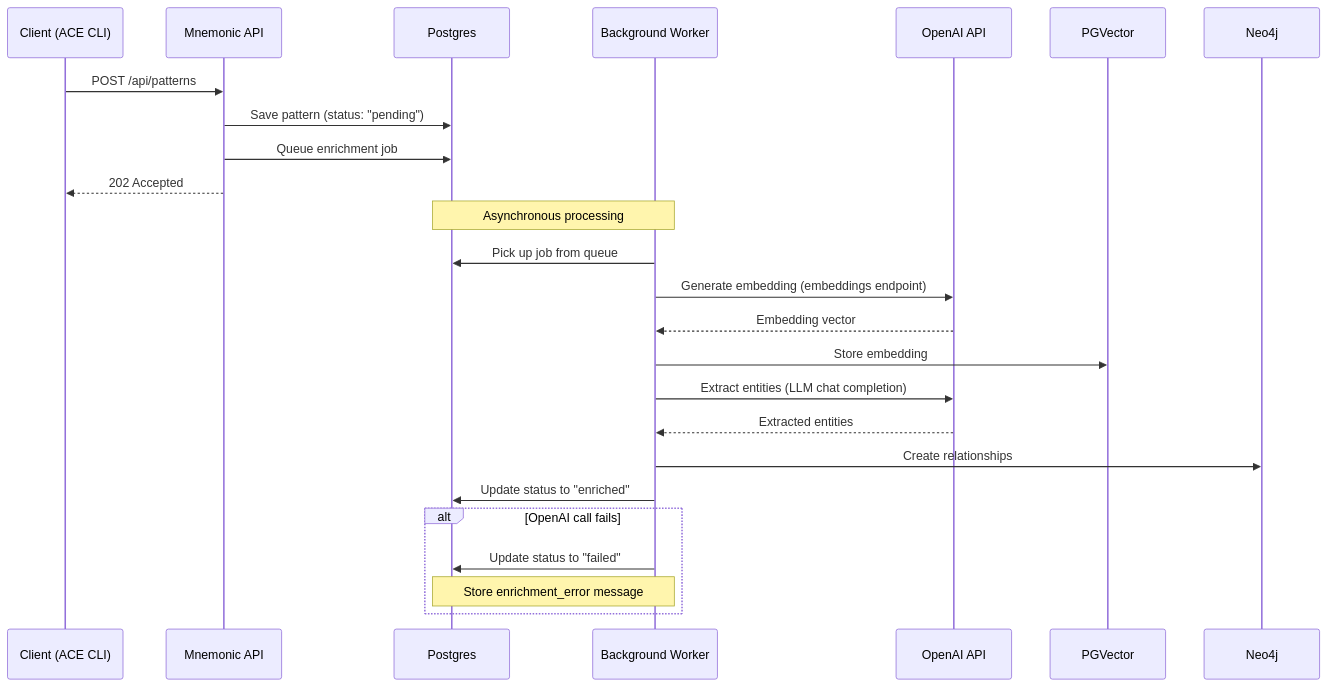
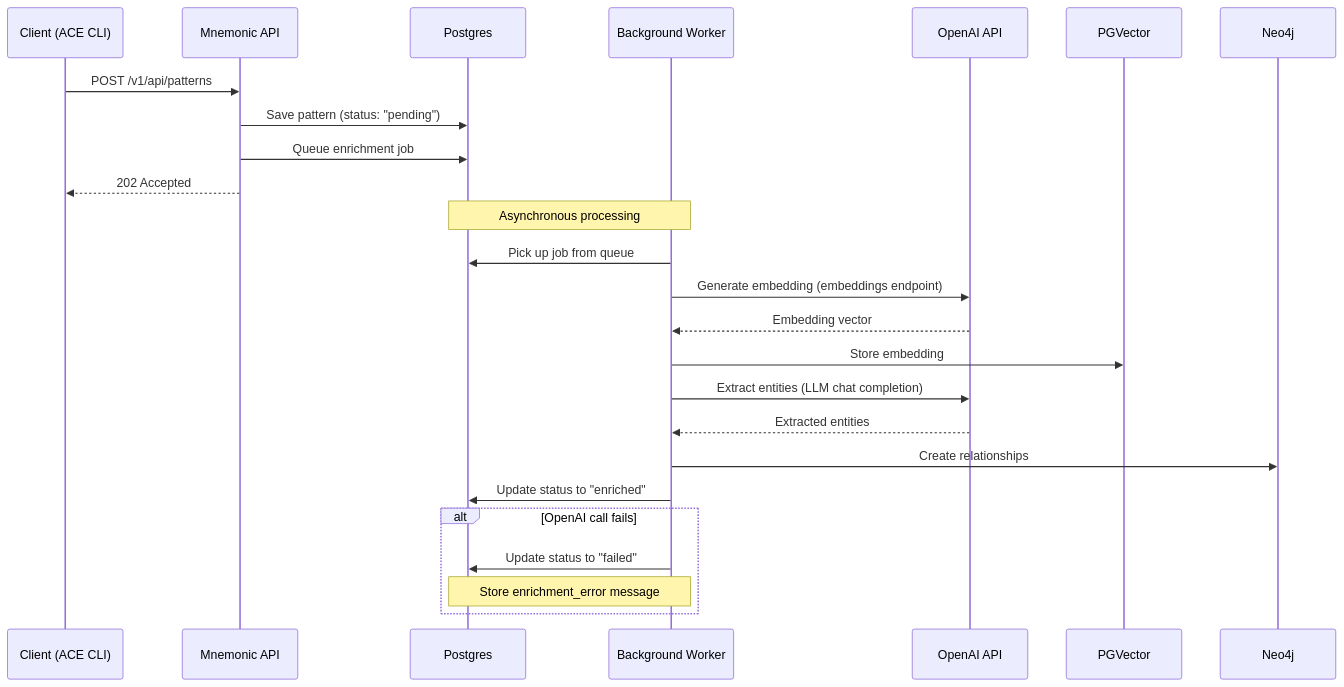
Before and after one commit to twistingmercury/mnemonic-mcp: the first of 6 diagrams in docs/design/mnemonic_service/pattern-processing.md, drawn with Mermaid. The commit also changed other lines of this file and 10 other files, not shown here.

Commit message:
aligning design with architecture using rlm agent

````diff
--- a/docs/design/mnemonic_service/pattern-processing.md
+++ b/docs/design/mnemonic_service/pattern-processing.md
@@ -48,31 +48,31 @@
 ```mermaid
 sequenceDiagram
     participant Client as Client (ACE CLI)
     participant API as Mnemonic API
     participant PG as Postgres
     participant Worker as Background Worker
     participant OpenAI as OpenAI API
     participant PGV as PGVector
     participant Neo4j as Neo4j
 
-    Client->>API: POST /api/patterns
+    Client->>API: POST /v1/api/patterns
     API->>PG: Save pattern (status: "pending")
     API->>PG: Queue enrichment job
     API-->>Client: 202 Accepted
 
     Note over Worker,PG: Asynchronous processing
 
     Worker->>PG: Pick up job from queue
     Worker->>OpenAI: Generate embedding (embeddings endpoint)
     OpenAI-->>Worker: Embedding vector
     Worker->>PGV: Store embedding
     Worker->>OpenAI: Extract entities (LLM chat completion)
     OpenAI-->>Worker: Extracted entities
     Worker->>Neo4j: Create relationships
     Worker->>PG: Update status to "enriched"
 
     alt OpenAI call fails
         Worker->>PG: Update status to "failed"
         Note over Worker,PG: Store enrichment_error message
     end
 ```
````
